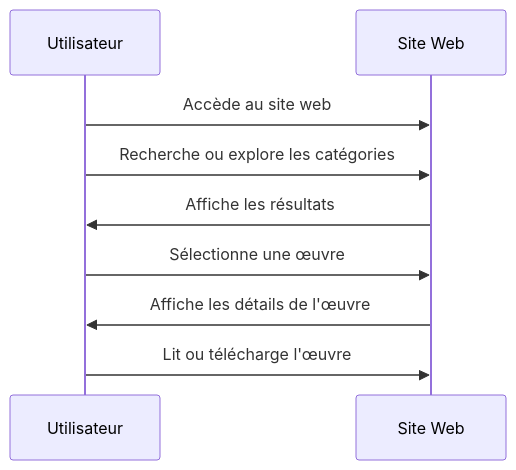
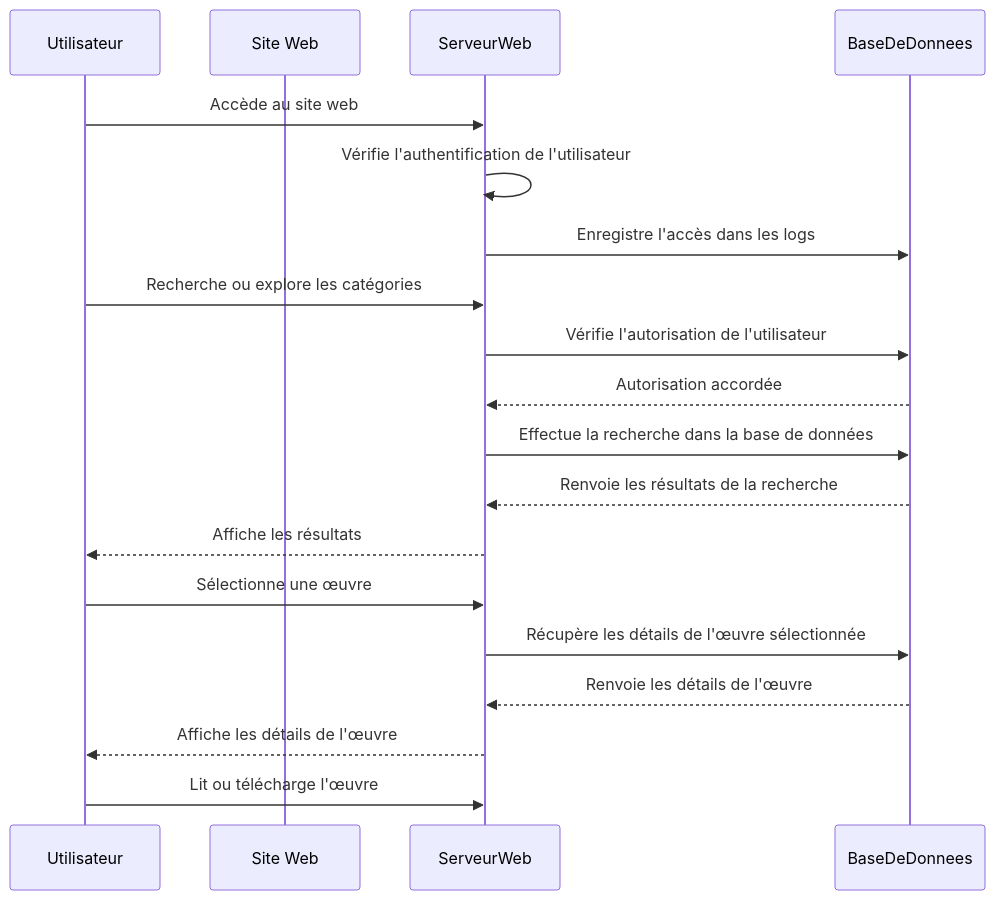
Before and after one commit to melenedufrenois/QuoicOurs: the diagram in scenarios/1/diag_seq.md, drawn with Mermaid.

````diff
--- a/scenarios/1/diag_seq.md
+++ b/scenarios/1/diag_seq.md
@@ -1,11 +1,22 @@
 ```mermaid
 sequenceDiagram
     participant U as Utilisateur
     participant S as Site Web
-    U->>S: Accède au site web
-    U->>S: Recherche ou explore les catégories
-    S->>U: Affiche les résultats
-    U->>S: Sélectionne une œuvre
-    S->>U: Affiche les détails de l'œuvre
-    U->>S: Lit ou télécharge l'œuvre
+    participant SW as ServeurWeb
+    participant DB as BaseDeDonnees
+
+    U->>SW: Accède au site web
+    SW->>SW: Vérifie l'authentification de l'utilisateur
+    SW->>DB: Enregistre l'accès dans les logs
+    U->>SW: Recherche ou explore les catégories
+    SW->>DB: Vérifie l'autorisation de l'utilisateur
+    DB-->>SW: Autorisation accordée
+    SW->>DB: Effectue la recherche dans la base de données
+    DB-->>SW: Renvoie les résultats de la recherche
+    SW-->>U: Affiche les résultats
+    U->>SW: Sélectionne une œuvre
+    SW->>DB: Récupère les détails de l'œuvre sélectionnée
+    DB-->>SW: Renvoie les détails de l'œuvre
+    SW-->>U: Affiche les détails de l'œuvre
+    U->>SW: Lit ou télécharge l'œuvre
 ```
````
